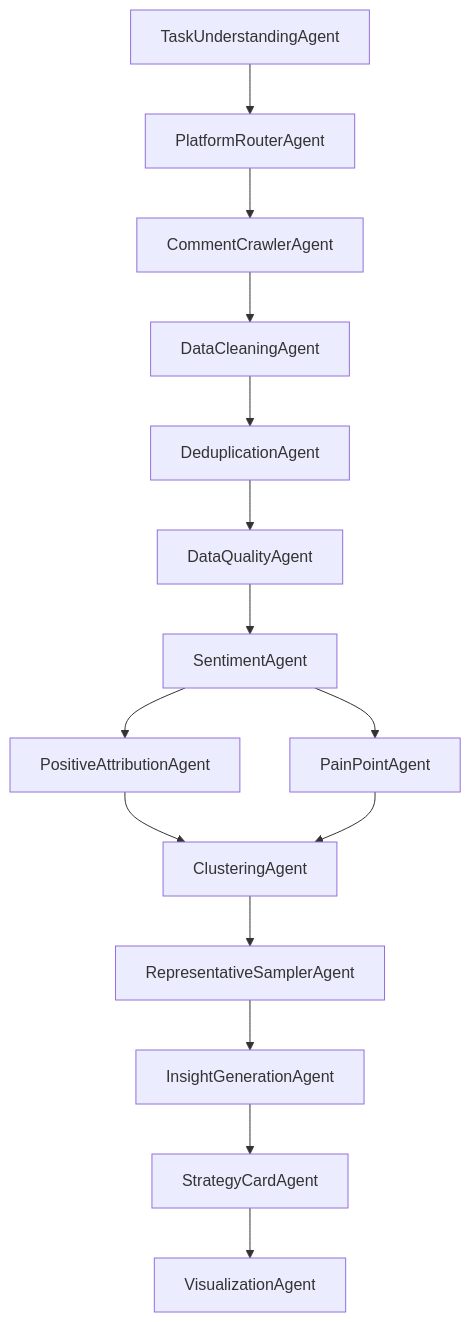
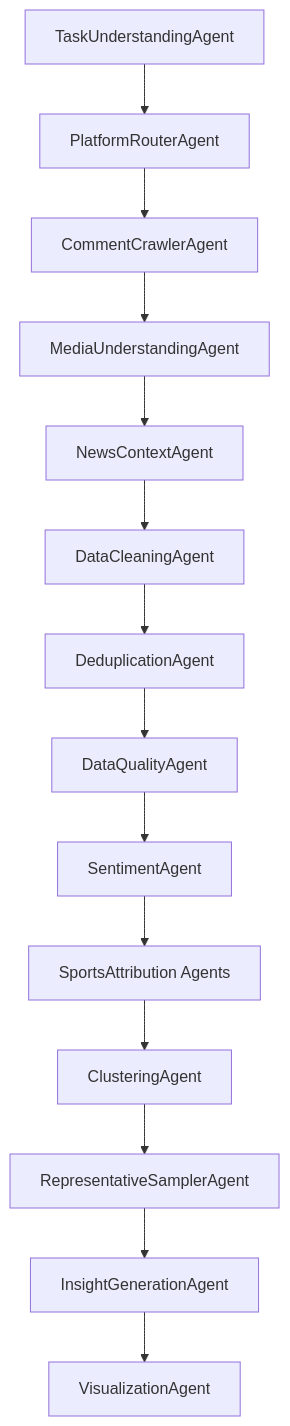
The second of 2 diagrams in README.md (onlykillerf/comment-insight-agent), drawn with Mermaid before and after one commit. The commit also changed other lines of this file and 95 other files, not shown here.

````diff
--- a/README.md
+++ b/README.md
@@ -78,17 +77,16 @@
 ```mermaid
 flowchart TD
   A[TaskUnderstandingAgent] --> B[PlatformRouterAgent]
   B --> C[CommentCrawlerAgent]
-  C --> D[DataCleaningAgent]
-  D --> E[DeduplicationAgent]
-  E --> F[DataQualityAgent]
-  F --> G[SentimentAgent]
-  G --> H[PositiveAttributionAgent]
-  G --> I[PainPointAgent]
-  H --> J[ClusteringAgent]
-  I --> J
+  C --> V[MediaUnderstandingAgent]
+  V --> D[NewsContextAgent]
+  D --> E[DataCleaningAgent]
+  E --> F[DeduplicationAgent]
+  F --> G[DataQualityAgent]
+  G --> H[SentimentAgent]
+  H --> I[SportsAttribution Agents]
+  I --> J[ClusteringAgent]
   J --> K[RepresentativeSamplerAgent]
   K --> L[InsightGenerationAgent]
-  L --> M[StrategyCardAgent]
-  M --> N[VisualizationAgent]
+  L --> M[VisualizationAgent]
 ```
````
